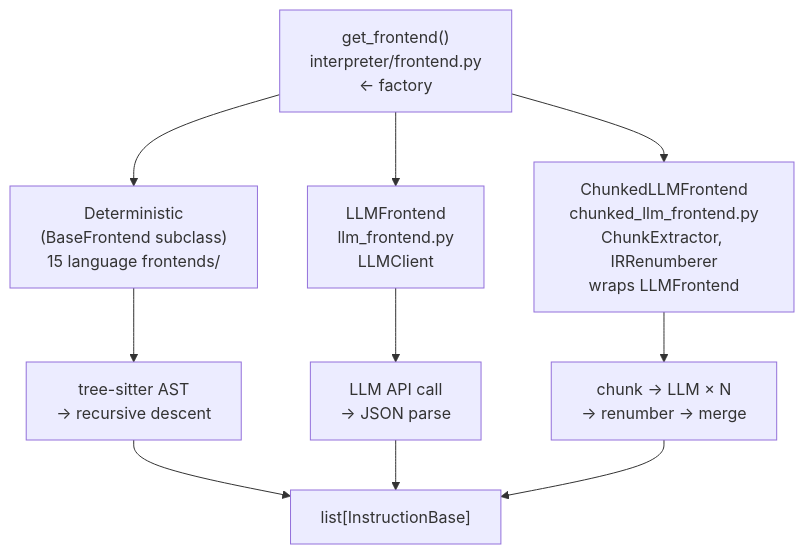
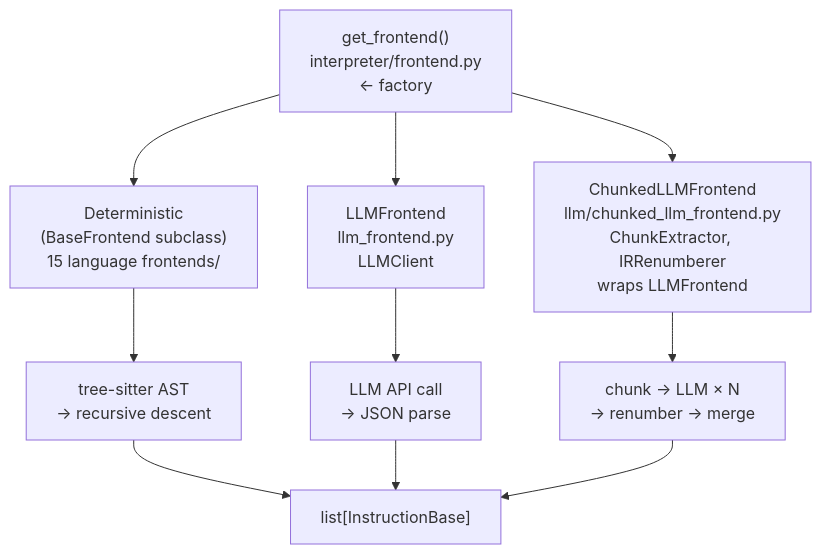
The first of 2 diagrams in docs/notes-on-frontend-design.md (avishek-sen-gupta/red-dragon), drawn with Mermaid before and after one commit. The commit also changed other lines of this file and 24 other files, not shown here.

Commit message:
docs: sync architecture and frontend docs with current implementation

````diff
--- a/docs/notes-on-frontend-design.md
+++ b/docs/notes-on-frontend-design.md
@@ -39,24 +39,24 @@
 ```mermaid
 flowchart TD
     factory["get_frontend()\ninterpreter/frontend.py\n← factory"]
 
     det["Deterministic\n(BaseFrontend subclass)\n15 language frontends/"]
     llm["LLMFrontend\nllm_frontend.py\nLLMClient"]
-    chunked["ChunkedLLMFrontend\nchunked_llm_frontend.py\nChunkExtractor, IRRenumberer\nwraps LLMFrontend"]
+    chunked["ChunkedLLMFrontend\nllm/chunked_llm_frontend.py\nChunkExtractor, IRRenumberer\nwraps LLMFrontend"]
 
     factory --> det & llm & chunked
 
     det_impl["tree-sitter AST\n→ recursive descent"]
     llm_impl["LLM API call\n→ JSON parse"]
     chunked_impl["chunk → LLM × N\n→ renumber → merge"]
 
     det --> det_impl
     llm --> llm_impl
     chunked --> chunked_impl
 
     ir["list[InstructionBase]"]
 
     det_impl --> ir
     llm_impl --> ir
     chunked_impl --> ir
 ```
````
